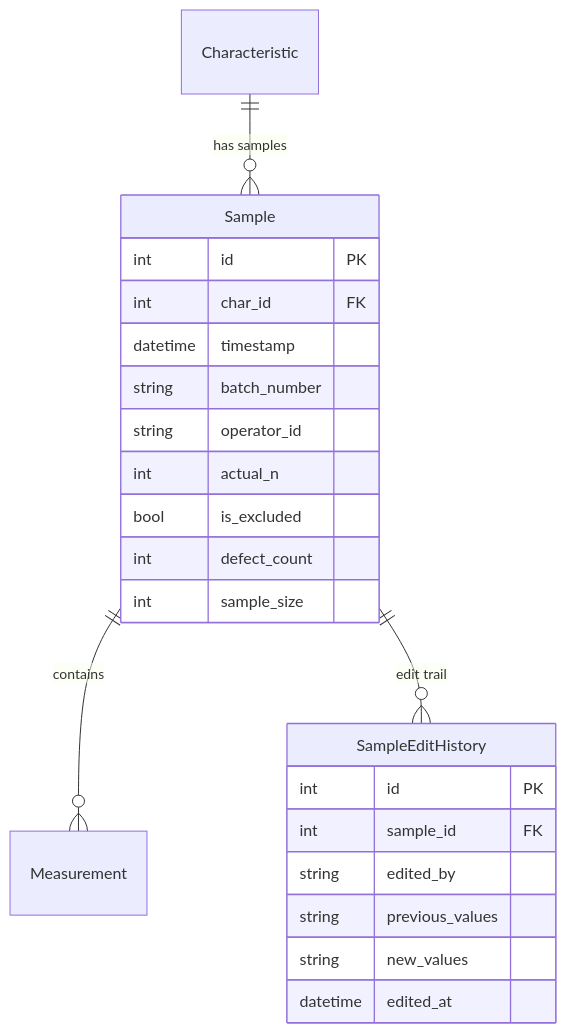
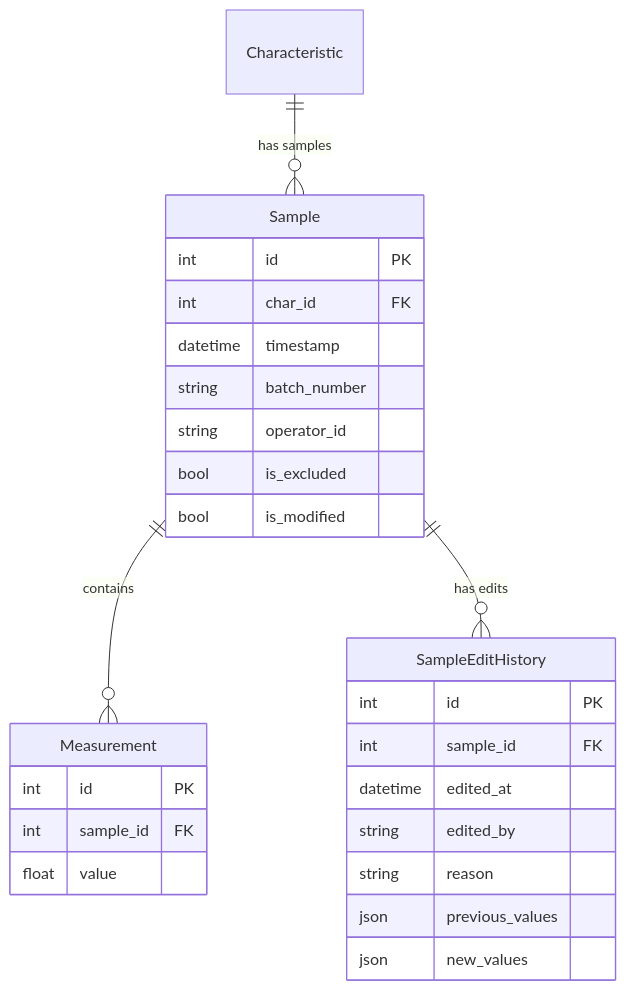
The second of 2 diagrams in .knowledge/features/data-entry.md (saturnis-io/cassini), drawn with Mermaid before and after one commit. The commit also changed other lines of this file and 15 other files, not shown here.

Commit message:
knowledge-graph: regenerate

````diff
--- a/.knowledge/features/data-entry.md
+++ b/.knowledge/features/data-entry.md
@@ -31,25 +30,29 @@
 ```mermaid
 erDiagram
     Characteristic ||--o{ Sample : "has samples"
     Sample ||--o{ Measurement : contains
-    Sample ||--o{ SampleEditHistory : "edit trail"
+    Sample ||--o{ SampleEditHistory : "has edits"
     Sample {
         int id PK
         int char_id FK
         datetime timestamp
         string batch_number
         string operator_id
-        int actual_n
         bool is_excluded
-        int defect_count
-        int sample_size
+        bool is_modified
+    }
+    Measurement {
+        int id PK
+        int sample_id FK
+        float value
     }
     SampleEditHistory {
         int id PK
         int sample_id FK
+        datetime edited_at
         string edited_by
-        string previous_values
-        string new_values
-        datetime edited_at
+        string reason
+        json previous_values
+        json new_values
     }
 ```
````
